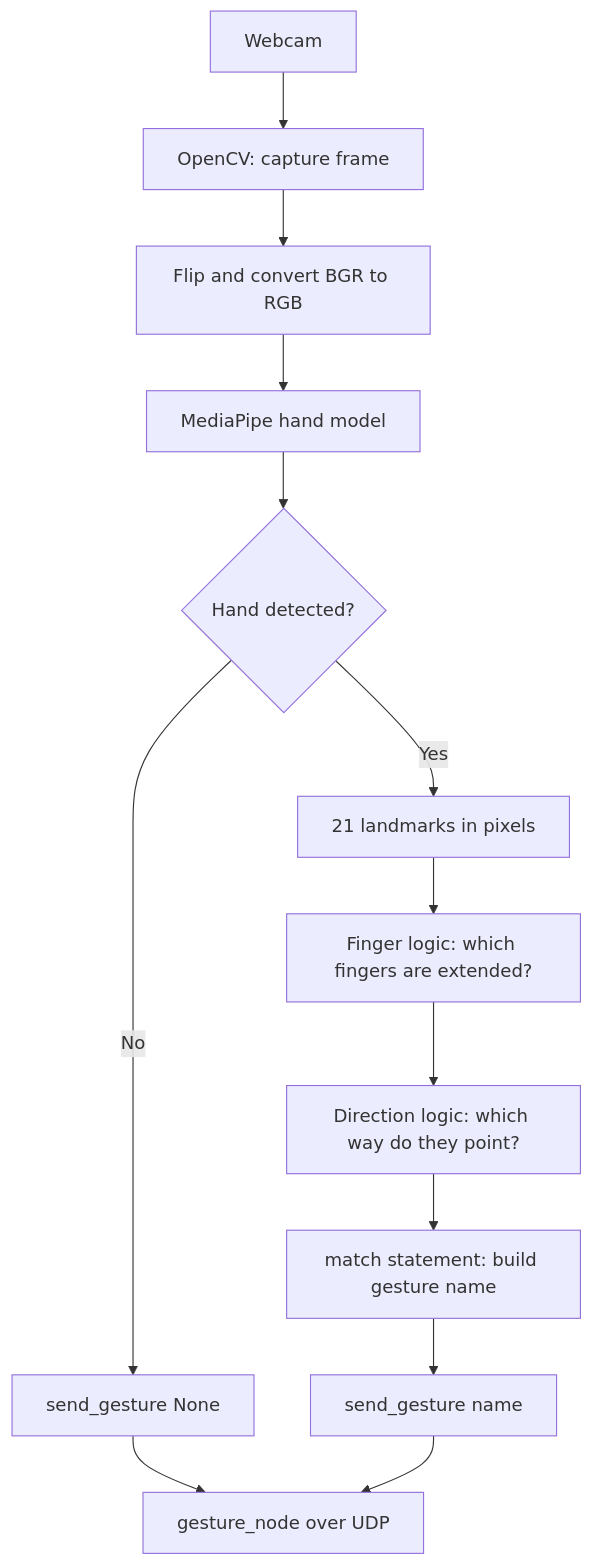
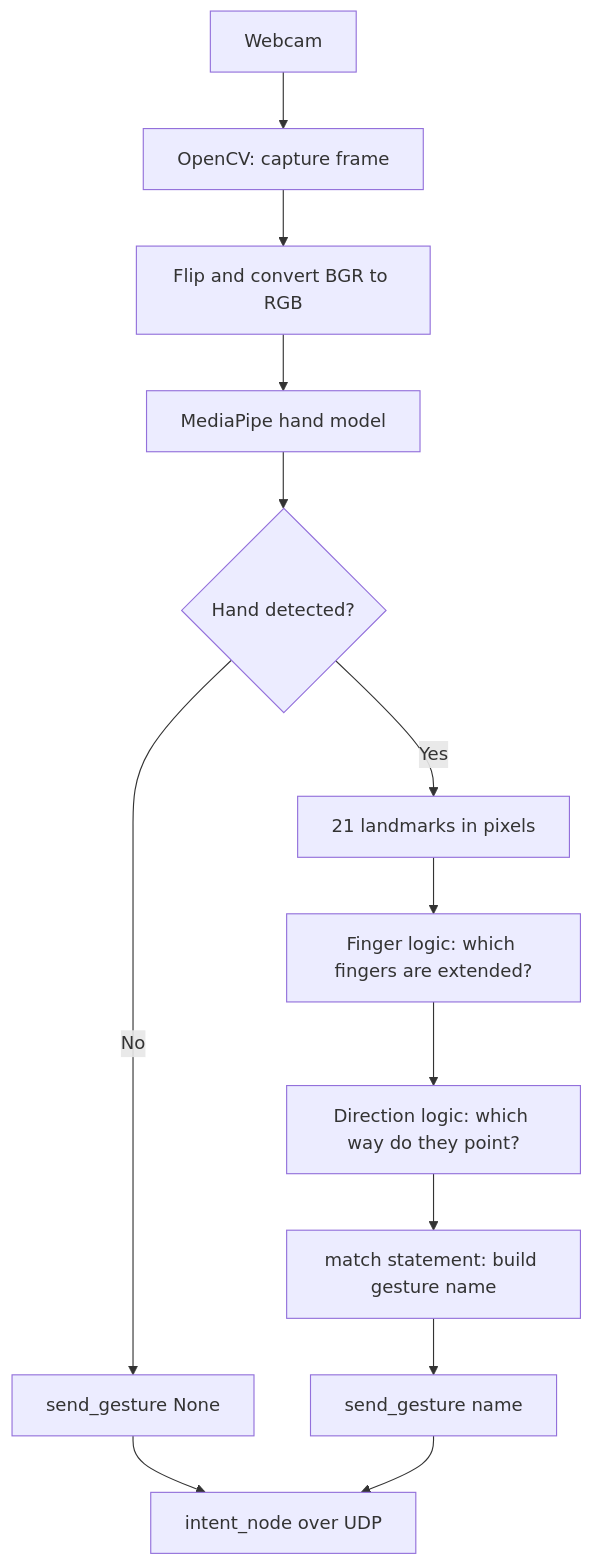
The first of 2 diagrams in docs/PraticalPlan/06 Gestures/01 Gesture Recognition with OpenCV and MediaPipe.md (SEAME-pt/SEA-ME_Team1_ROSRangers), drawn with Mermaid before and after one commit. The commit also changed other lines of this file and 21 other files, not shown here.

````diff
--- a/docs/PraticalPlan/06 Gestures/01 Gesture Recognition with OpenCV and MediaPipe.md
+++ b/docs/PraticalPlan/06 Gestures/01 Gesture Recognition with OpenCV and MediaPipe.md
@@ -42,15 +42,15 @@
 ```mermaid
 graph TD
     A[Webcam] --> B[OpenCV: capture frame]
     B --> C[Flip and convert BGR to RGB]
     C --> D[MediaPipe hand model]
     D --> E{Hand detected?}
     E -- No --> S[send_gesture None]
     E -- Yes --> F[21 landmarks in pixels]
     F --> G[Finger logic: which fingers are extended?]
     G --> H[Direction logic: which way do they point?]
     H --> I[match statement: build gesture name]
     I --> S2[send_gesture name]
-    S --> N[gesture_node over UDP]
+    S --> N[intent_node over UDP]
     S2 --> N
 ```
````
